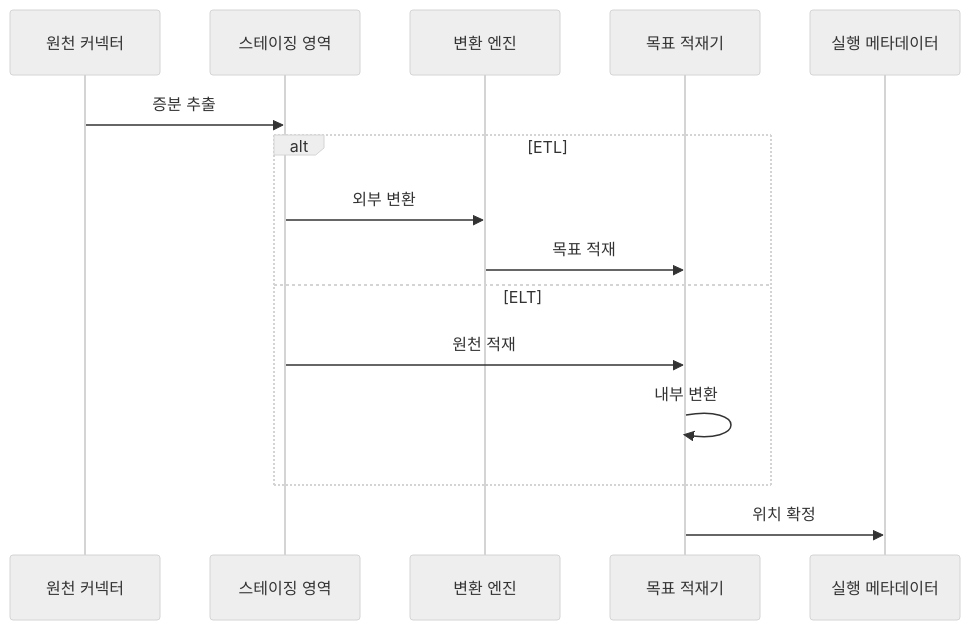
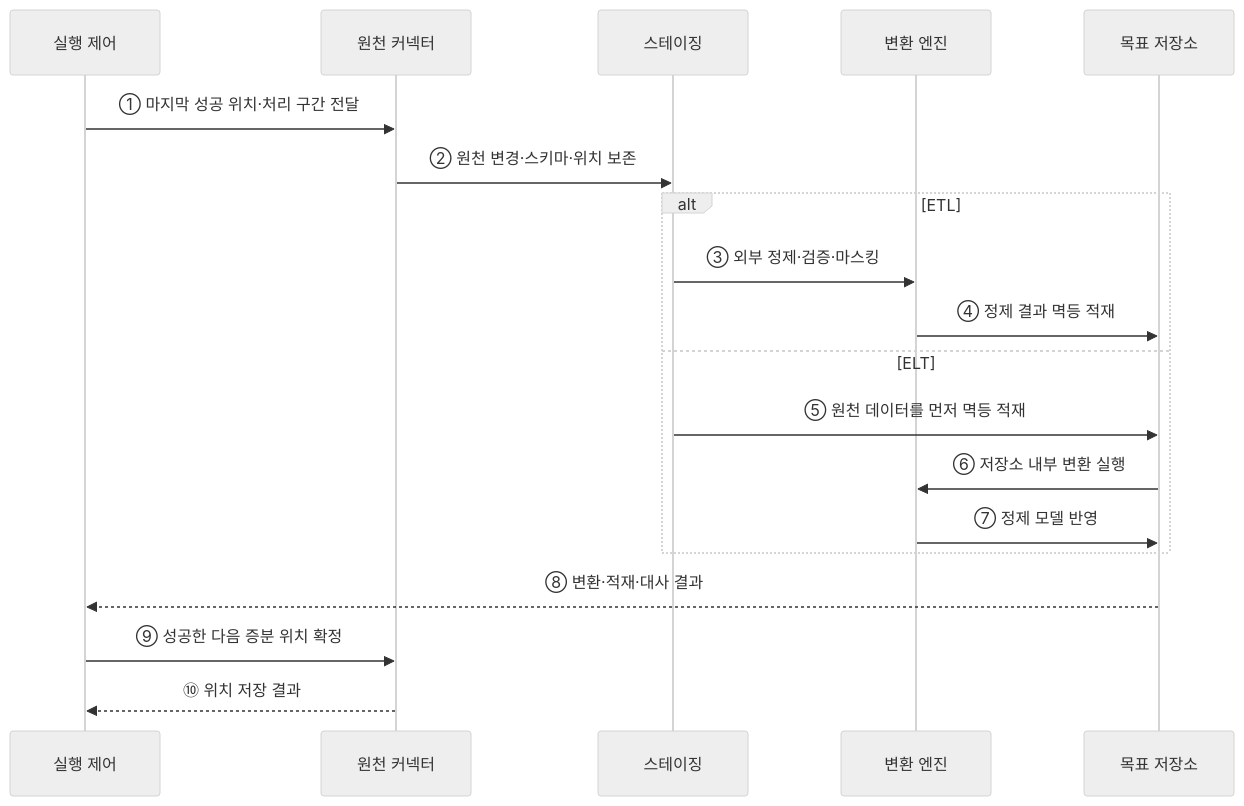
The second of 2 diagrams in src/content/docs/notes/03-software/138_etl_elt_pipeline.md (agnusdei1207/knowledge-base), drawn with Mermaid (neutral theme) before and after one commit. The commit also changed other lines of this file and 20 other files, not shown here.

````diff
--- a/src/content/docs/notes/03-software/138_etl_elt_pipeline.md
+++ b/src/content/docs/notes/03-software/138_etl_elt_pipeline.md
@@ -95,17 +86,21 @@
 ```mermaid
 sequenceDiagram
+    participant M as 실행 제어
     participant C as 원천 커넥터
-    participant A as 스테이징 영역
+    participant A as 스테이징
     participant T as 변환 엔진
-    participant L as 목표 적재기
-    participant M as 실행 메타데이터
-    C->>A: 증분 추출
+    participant D as 목표 저장소
+    M->>C: ① 마지막 성공 위치·처리 구간 전달
+    C->>A: ② 원천 변경·스키마·위치 보존
     alt ETL
-        A->>T: 외부 변환
-        T->>L: 목표 적재
+        A->>T: ③ 외부 정제·검증·마스킹
+        T->>D: ④ 정제 결과 멱등 적재
     else ELT
-        A->>L: 원천 적재
-        L->>L: 내부 변환
+        A->>D: ⑤ 원천 데이터를 먼저 멱등 적재
+        D->>T: ⑥ 저장소 내부 변환 실행
+        T->>D: ⑦ 정제 모델 반영
     end
-    L->>M: 위치 확정
+    D-->>M: ⑧ 변환·적재·대사 결과
+    M->>C: ⑨ 성공한 다음 증분 위치 확정
+    C-->>M: ⑩ 위치 저장 결과
 ```
````
